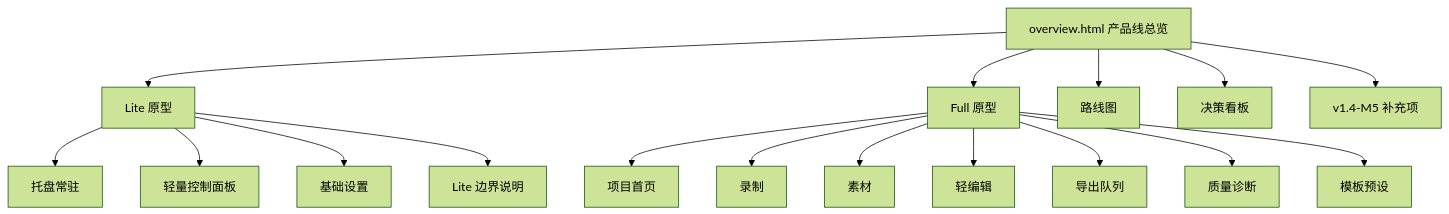
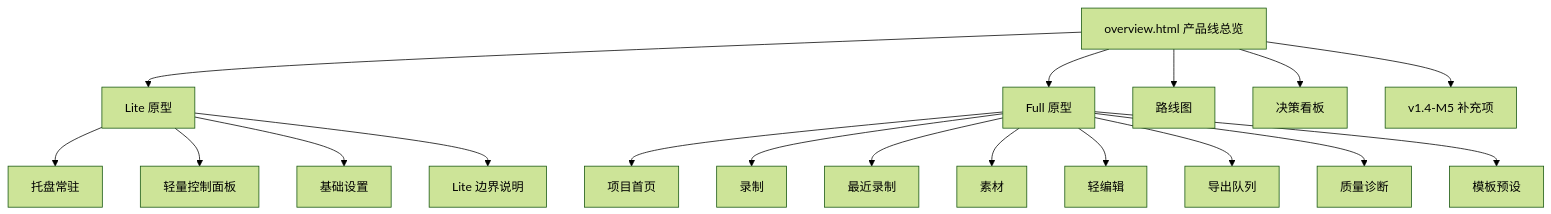
One commit to NzyZzz1998/QuickRec changed the diagram in doc/prototypes/product-prototype/prototype-design.md. Above: the diagram before and after it, drawn with Mermaid (forest theme). The commit also changed other lines of this file and 26 other files, not shown here.

````diff
--- a/doc/prototypes/product-prototype/prototype-design.md
+++ b/doc/prototypes/product-prototype/prototype-design.md
@@ -45,21 +45,22 @@
 ```mermaid
 flowchart TD
     A["overview.html 产品线总览"] --> B["Lite 原型"]
     A --> C["Full 原型"]
     A --> D["路线图"]
     A --> E["决策看板"]
     A --> F["v1.4-M5 补充项"]
 
     B --> B1["托盘常驻"]
     B --> B2["轻量控制面板"]
     B --> B3["基础设置"]
     B --> B4["Lite 边界说明"]
 
     C --> C1["项目首页"]
     C --> C2["录制"]
-    C --> C3["素材"]
-    C --> C4["轻编辑"]
-    C --> C5["导出队列"]
-    C --> C6["质量诊断"]
-    C --> C7["模板预设"]
+    C --> C3["最近录制"]
+    C --> C4["素材"]
+    C --> C5["轻编辑"]
+    C --> C6["导出队列"]
+    C --> C7["质量诊断"]
+    C --> C8["模板预设"]
 ```
````
